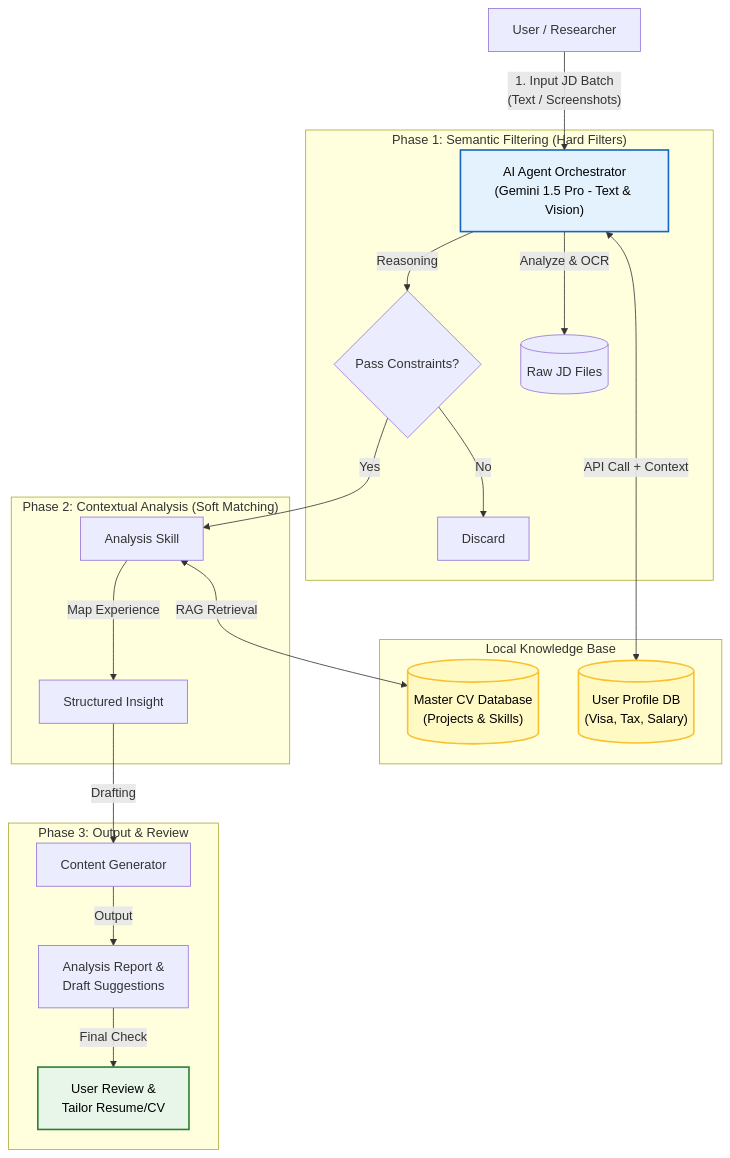
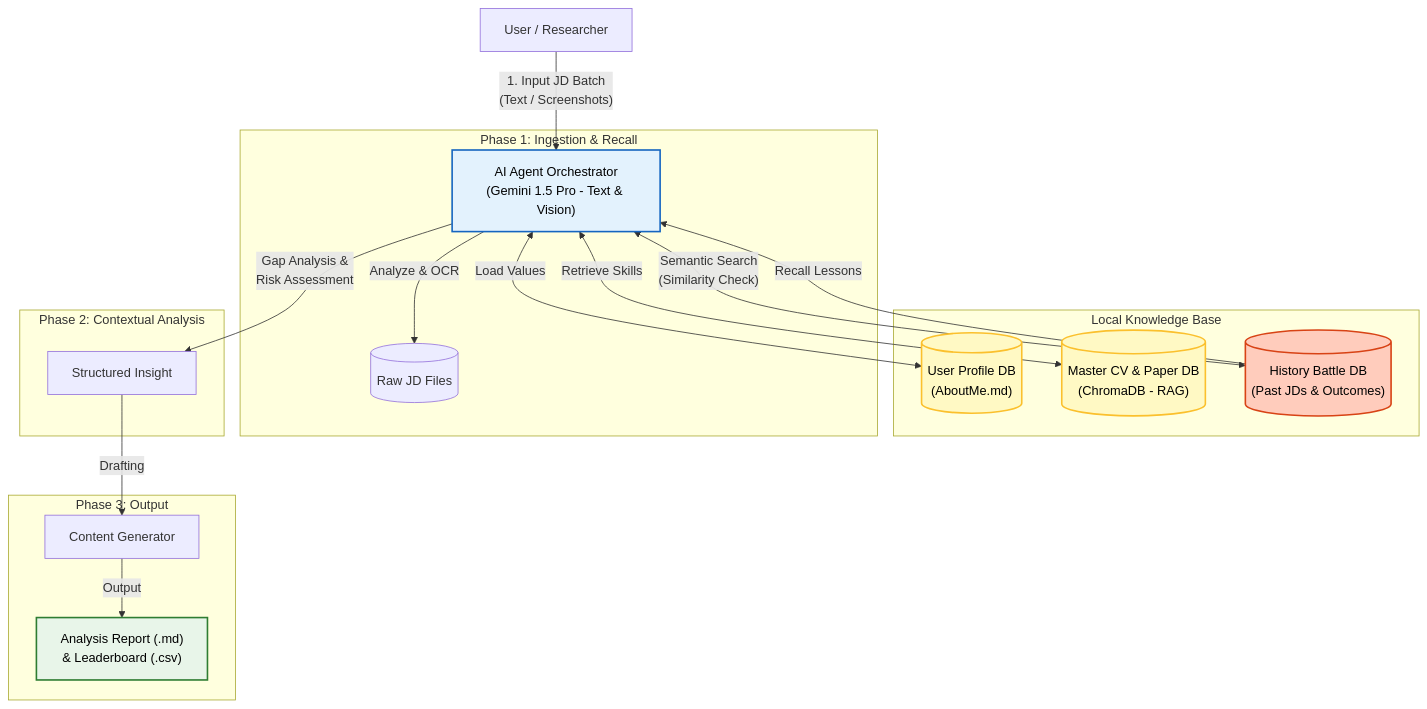
Before and after one commit to WangWeiCheng-TJ/Agentic-Career-Orchestrator: the diagram in README.md, drawn with Mermaid. The commit also changed other lines of this file and 7 other files, not shown here.

First line of the commit message:
refactor: upgrade to V1.1 architecture with robust history RAG and shared OCR utils

````diff
--- a/README.md
+++ b/README.md
@@ -25,37 +24,37 @@
 ```mermaid
 graph TD
     User["User / Researcher"] -->|"1. Input JD Batch<br/>(Text / Screenshots)"| Agent["AI Agent Orchestrator<br/>(Gemini 1.5 Pro - Text & Vision)"]
     
-    %% 資料庫與設定 (Local)
+    %% Local Database & Knowledge
     subgraph "Local Knowledge Base"
-        ConstraintDB[("User Profile DB<br/>(Visa, Tax, Salary)")]
-        MasterCV[("Master CV Database<br/>(Projects & Skills)")]
+        ConstraintDB[("User Profile DB<br/>(AboutMe.md)")]
+        MasterCV[("Master CV & Paper DB<br/>(ChromaDB - RAG)")]
+        HistoryDB[("History Battle DB<br/>(Past JDs & Outcomes)")]
     end
 
-    %% 第一階段：過濾
-    subgraph "Phase 1: Semantic Filtering (Hard Filters)"
-        Agent <-->|"API Call + Context"| ConstraintDB
+    %% Phase 1: Ingestion & Recall
+    subgraph "Phase 1: Ingestion & Recall"
+        Agent <-->|"Load Values"| ConstraintDB
         Agent -->|"Analyze & OCR"| JDs[("Raw JD Files")]
-        Agent -->|"Reasoning"| Decision{"Pass Constraints?"}
-        Decision -- No --> Trash[Discard]
+        Agent <-->|"Semantic Search<br/>(Similarity Check)"| HistoryDB
     end
 
-    %% 第二階段：分析與建議
-    subgraph "Phase 2: Contextual Analysis (Soft Matching)"
-        Decision -- Yes --> Analyzer[Analysis Skill]
-        Analyzer <-->|"RAG Retrieval"| MasterCV
-        Analyzer -->|"Map Experience"| Context[Structured Insight]
+    %% Phase 2: Analysis
+    subgraph "Phase 2: Contextual Analysis"
+        HistoryDB -->|"Recall Lessons"| Agent
+        Agent <-->|"Retrieve Skills"| MasterCV
+        Agent -->|"Gap Analysis &<br/>Risk Assessment"| Insight[Structured Insight]
     end
 
-    %% 第三階段：輸出
-    subgraph "Phase 3: Output & Review"
-        Context -->|"Drafting"| Writer[Content Generator]
-        Writer -->|"Output"| Report["Analysis Report &<br/>Draft Suggestions"]
-        Report -->|"Final Check"| Human["User Review &<br/>Tailor Resume/CV"]
+    %% Phase 3: Output
+    subgraph "Phase 3: Output"
+        Insight -->|"Drafting"| Writer[Content Generator]
+        Writer -->|"Output"| Report["Analysis Report (.md)<br/>& Leaderboard (.csv)"]
     end
 
     style Agent fill:#e3f2fd,stroke:#1565c0,stroke-width:2px,color:#000
     style ConstraintDB fill:#fff9c4,stroke:#fbc02d,stroke-width:2px,color:#000
     style MasterCV fill:#fff9c4,stroke:#fbc02d,stroke-width:2px,color:#000
-    style Human fill:#e8f5e9,stroke:#2e7d32,stroke-width:2px,color:#000
+    style HistoryDB fill:#ffccbc,stroke:#d84315,stroke-width:2px,color:#000
+    style Report fill:#e8f5e9,stroke:#2e7d32,stroke-width:2px,color:#000
 ```
````
